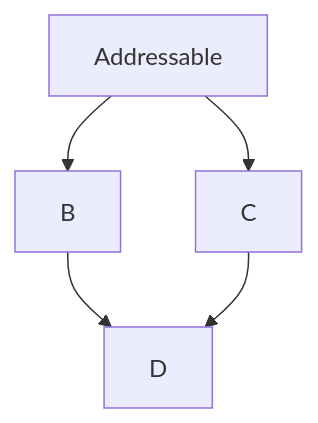
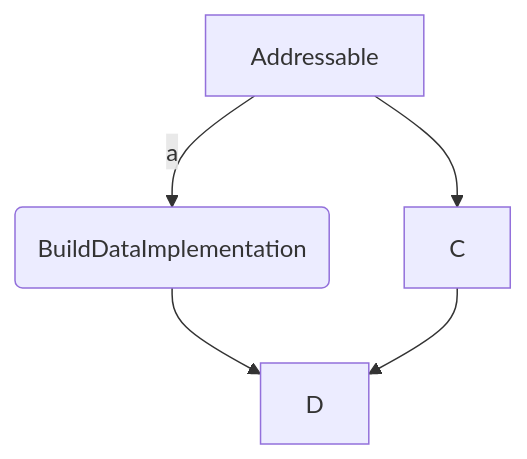
One commit to Conerlius/conerlius.github.io changed the first of 2 diagrams in _posts/Unity/2020-05-29-addressable扩展play和build mode.md. Above: the diagram before and after it, drawn with Mermaid. The commit also changed other lines of this file, not shown here.

````diff
--- a/_posts/Unity/2020-05-29-addressable扩展play和build mode.md
+++ b/_posts/Unity/2020-05-29-addressable扩展play和build mode.md
@@ -22,8 +22,9 @@
 ```mermaid
 graph TD;
 	A[Addressable]
-    A-->B;
+	B(BuildDataImplementation)
+    A--a-->B;
     A-->C;
     B-->D;
     C-->D;
 ```
````
